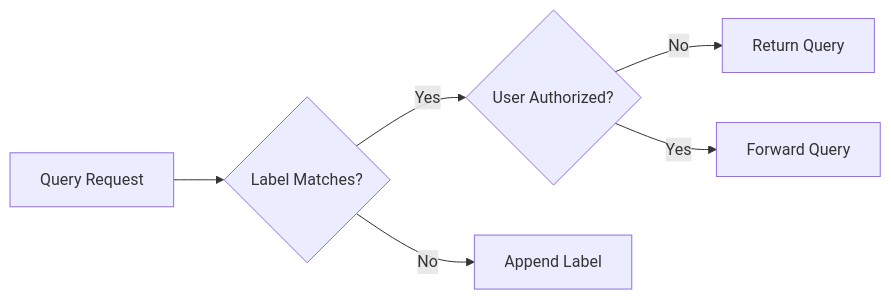
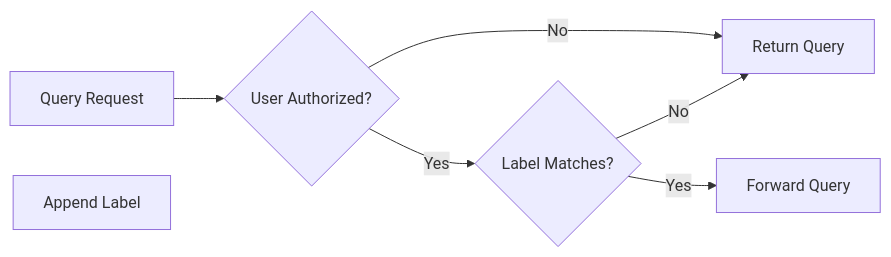
One commit to gepaplexx/multena-proxy changed the first of 2 diagrams in README.MD. Above: the diagram before and after it, drawn with Mermaid. The commit also changed other lines of this file, not shown here.

````diff
--- a/README.MD
+++ b/README.MD
@@ -15,15 +23,15 @@
 ```mermaid
 graph LR
     A[Query Request]
-    B{Label Matches?}
-    C{User Authorized?}
+    B{User Authorized?}
+    C{Label Matches?}
     D[Append Label]
     E[Return Query]
     F[Forward Query]
     
     A --> B
-    B -- No --> D
+    B -- No --> E
     B -- Yes --> C
     C -- No --> E
     C -- Yes --> F
 ```
````
